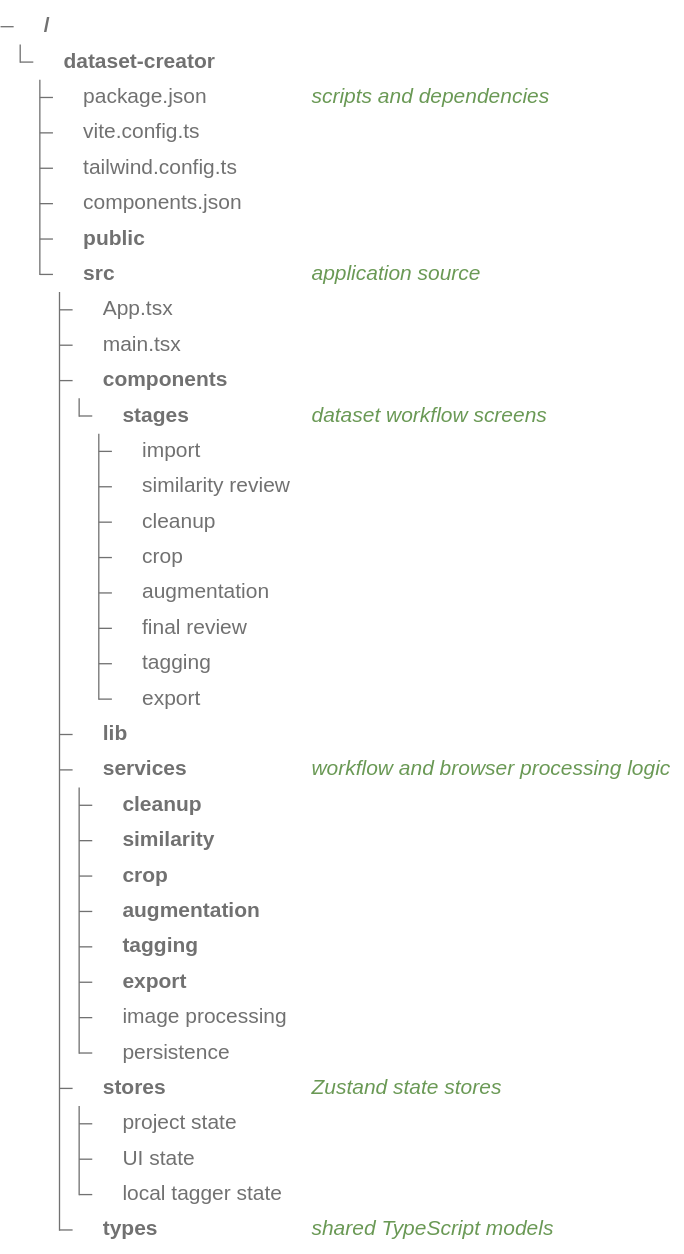
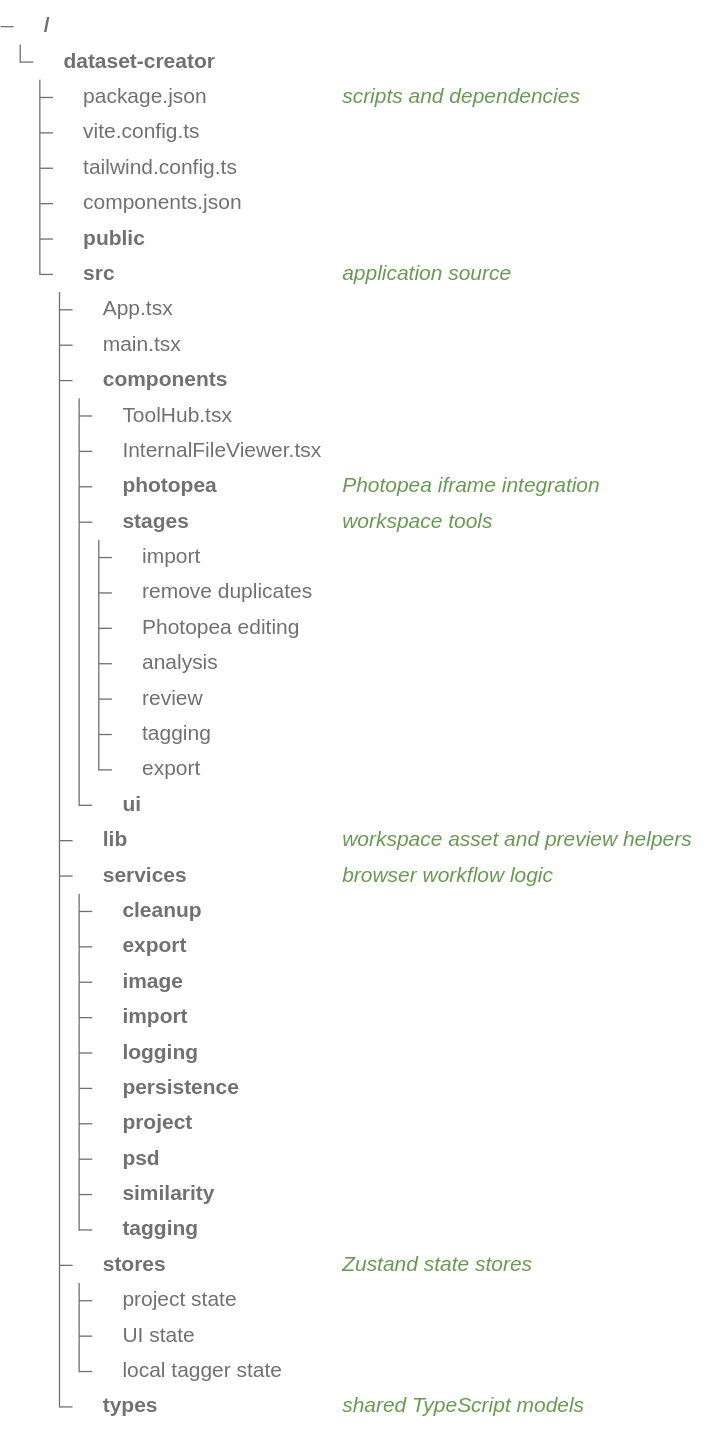
The first of 3 diagrams in README.md (cabinet-being/dataset-creator), drawn with Mermaid before and after one commit. The commit also changed other lines of this file, not shown here.

Commit message:
docs: update README for current workspace

````diff
--- a/README.md
+++ b/README.md
@@ -117,48 +120,53 @@
 ```mermaid
 ---
 config:
     theme: default
     themeVariables:
         treeView:
             labelColor: '#717171'
             lineColor: '#717171'
     treeView:
         showIcons: true
 ---
 treeView-beta
 
 dataset-creator/
   package.json ## scripts and dependencies
   vite.config.ts
   tailwind.config.ts
   components.json
   public/
   src/ ## application source
     App.tsx
     main.tsx
     components/
-      stages/ ## dataset workflow screens
+      ToolHub.tsx
+      InternalFileViewer.tsx
+      photopea/ ## Photopea iframe integration
+      stages/ ## workspace tools
         import
-        similarity review
-        cleanup
-        crop
-        augmentation
-        final review
+        remove duplicates
+        Photopea editing
+        analysis
+        review
         tagging
         export
-    lib/
-    services/ ## workflow and browser processing logic
+      ui/
+    lib/ ## workspace asset and preview helpers
+    services/ ## browser workflow logic
       cleanup/
+      export/
+      image/
+      import/
+      logging/
+      persistence/
+      project/
+      psd/
       similarity/
-      crop/
-      augmentation/
       tagging/
-      export/
-      image processing
-      persistence
     stores/ ## Zustand state stores
       project state
       UI state
       local tagger state
     types/ ## shared TypeScript models
 ```
````
